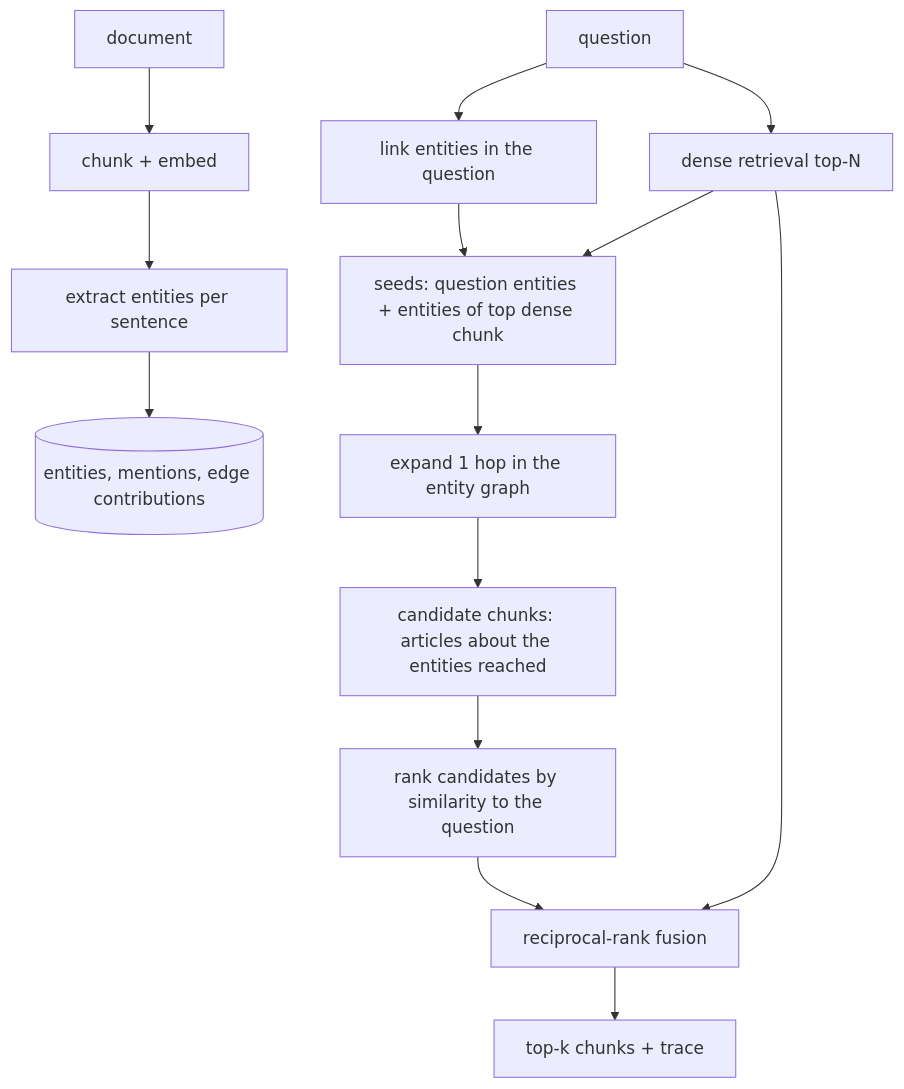
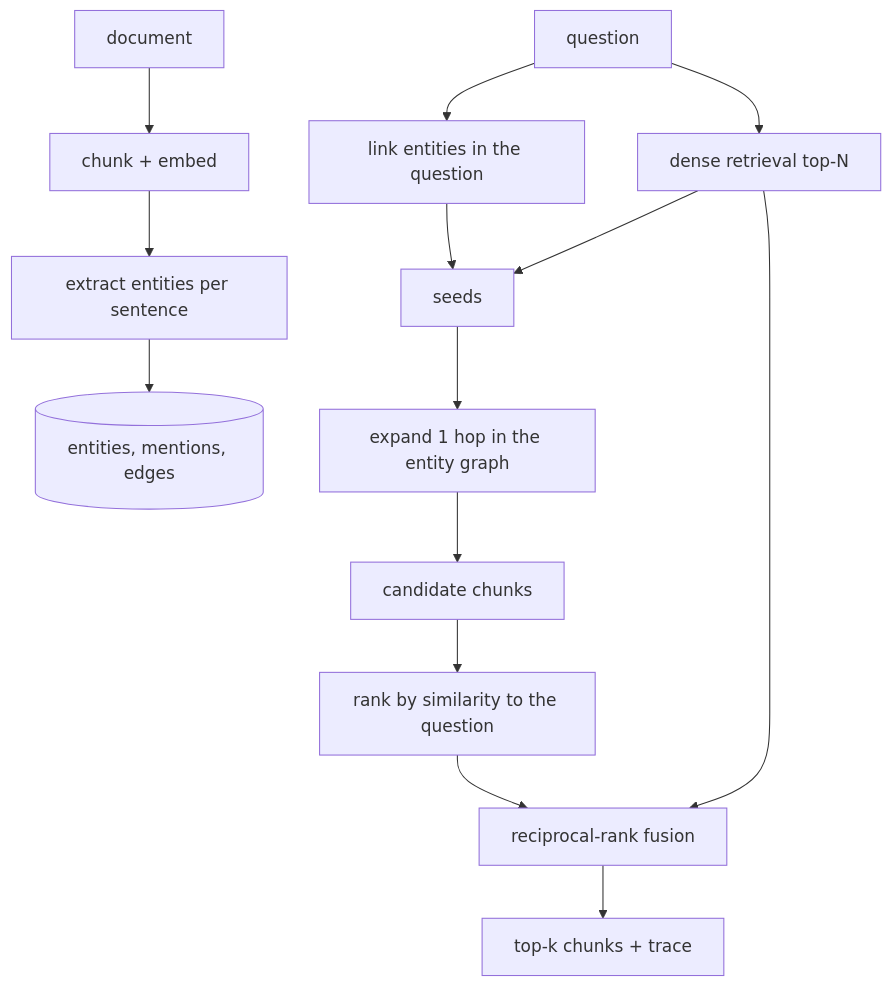
The diagram in README.md (sriyaaa2003/graphrag-multihop), drawn with Mermaid before and after one commit. The commit also changed other lines of this file, not shown here.

````diff
--- a/README.md
+++ b/README.md
@@ -50,16 +30,16 @@
 ```mermaid
 flowchart TD
   D[document] --> CH[chunk + embed]
   CH --> EX[extract entities per sentence]
-  EX --> G[(entities, mentions, edge contributions)]
+  EX --> G[(entities, mentions, edges)]
   Q[question] --> LK[link entities in the question]
   Q --> DV[dense retrieval top-N]
-  LK --> SD[seeds: question entities + entities of top dense chunk]
+  LK --> SD[seeds]
   DV --> SD
   SD --> EXP[expand 1 hop in the entity graph]
-  EXP --> CAND[candidate chunks: articles about the entities reached]
-  CAND --> RR[rank candidates by similarity to the question]
+  EXP --> CAND[candidate chunks]
+  CAND --> RR[rank by similarity to the question]
   DV --> FU[reciprocal-rank fusion]
   RR --> FU
   FU --> OUT[top-k chunks + trace]
 ```
````
